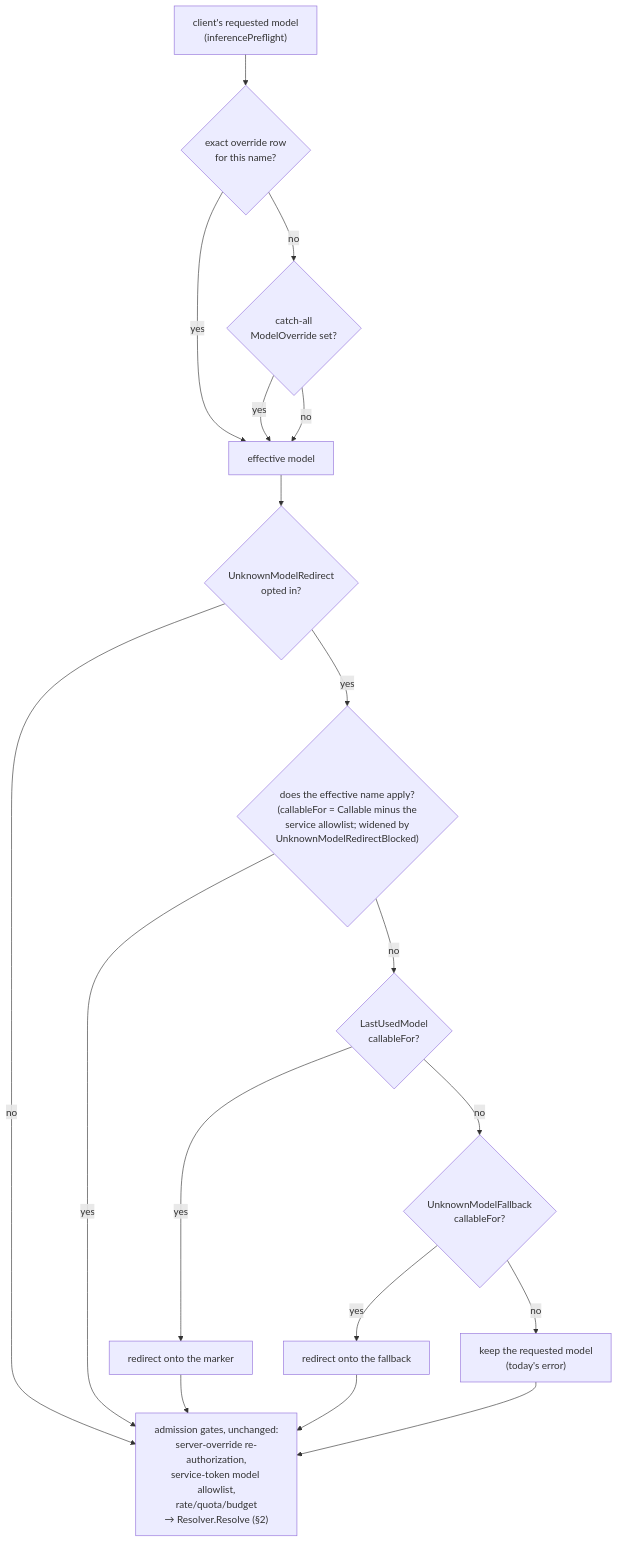
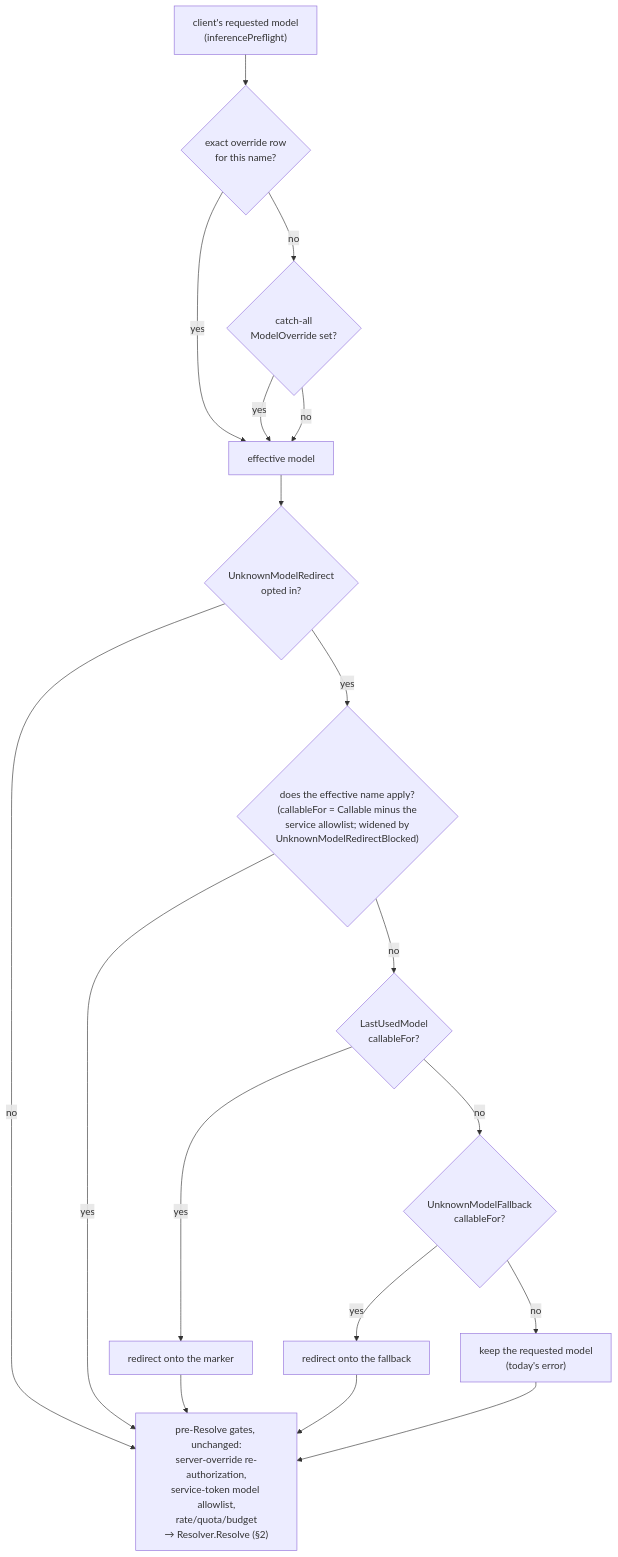
Before and after one commit to JLor08/op-ai-gateway: the third of 5 diagrams in docs/architecture/cross-cutting/routing-and-model-selection.md, drawn with Mermaid. The commit also changed other lines of this file and 46 other files, not shown here.

````diff
--- a/docs/architecture/cross-cutting/routing-and-model-selection.md
+++ b/docs/architecture/cross-cutting/routing-and-model-selection.md
@@ -203,18 +203,18 @@
 ```mermaid
 flowchart TD
     Req["client's requested model\n(inferencePreflight)"] --> Row{"exact override row\nfor this name?"}
     Row -->|yes| Eff["effective model"]
     Row -->|no| Catch{"catch-all\nModelOverride set?"}
     Catch -->|yes| Eff
     Catch -->|no| Eff
     Eff --> Opt{"UnknownModelRedirect\nopted in?"}
     Opt -->|no| Gates
     Opt -->|yes| Applies{"does the effective name apply?\n(callableFor = Callable minus the\nservice allowlist; widened by\nUnknownModelRedirectBlocked)"}
     Applies -->|yes| Gates
     Applies -->|no| Marker{"LastUsedModel\ncallableFor?"}
     Marker -->|yes| UseMarker["redirect onto the marker"] --> Gates
     Marker -->|no| Fallback{"UnknownModelFallback\ncallableFor?"}
     Fallback -->|yes| UseFB["redirect onto the fallback"] --> Gates
     Fallback -->|no| Keep["keep the requested model\n(today's error)"] --> Gates
-    Gates["admission gates, unchanged:\nserver-override re-authorization,\nservice-token model allowlist,\nrate/quota/budget\n→ Resolver.Resolve (§2)"]
+    Gates["pre-Resolve gates, unchanged:\nserver-override re-authorization,\nservice-token model allowlist,\nrate/quota/budget\n→ Resolver.Resolve (§2)"]
 ```
````
